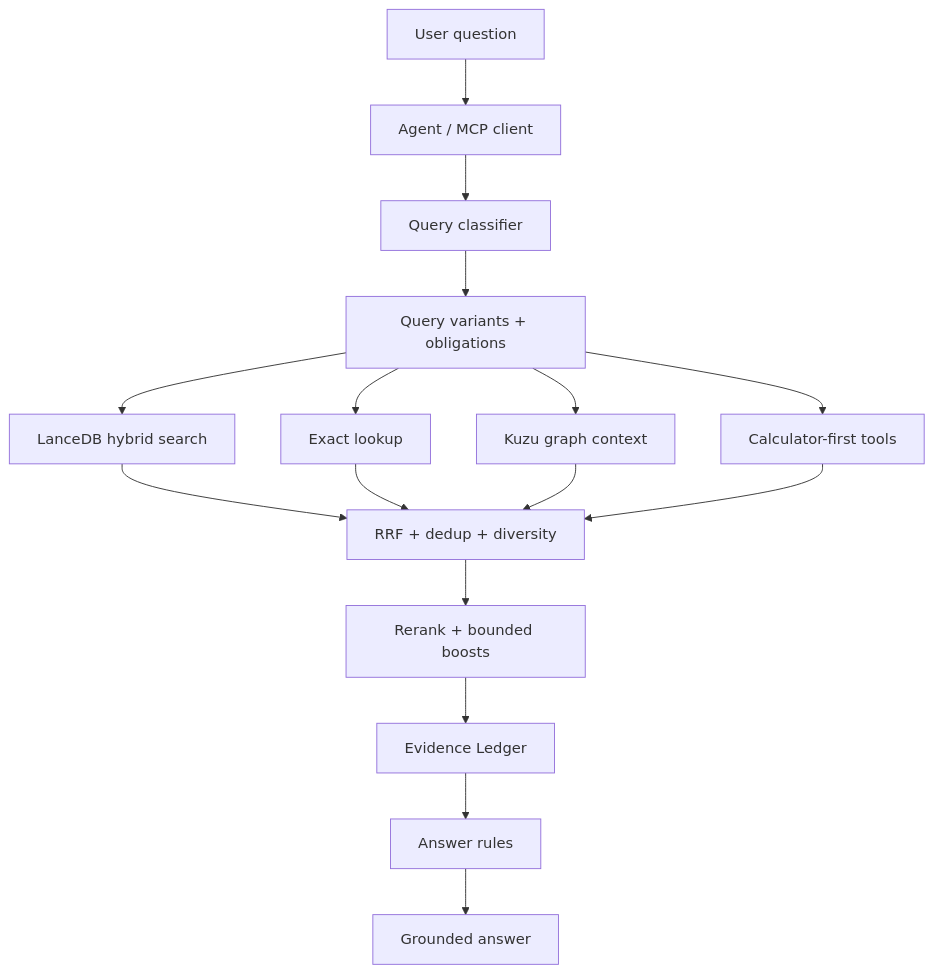
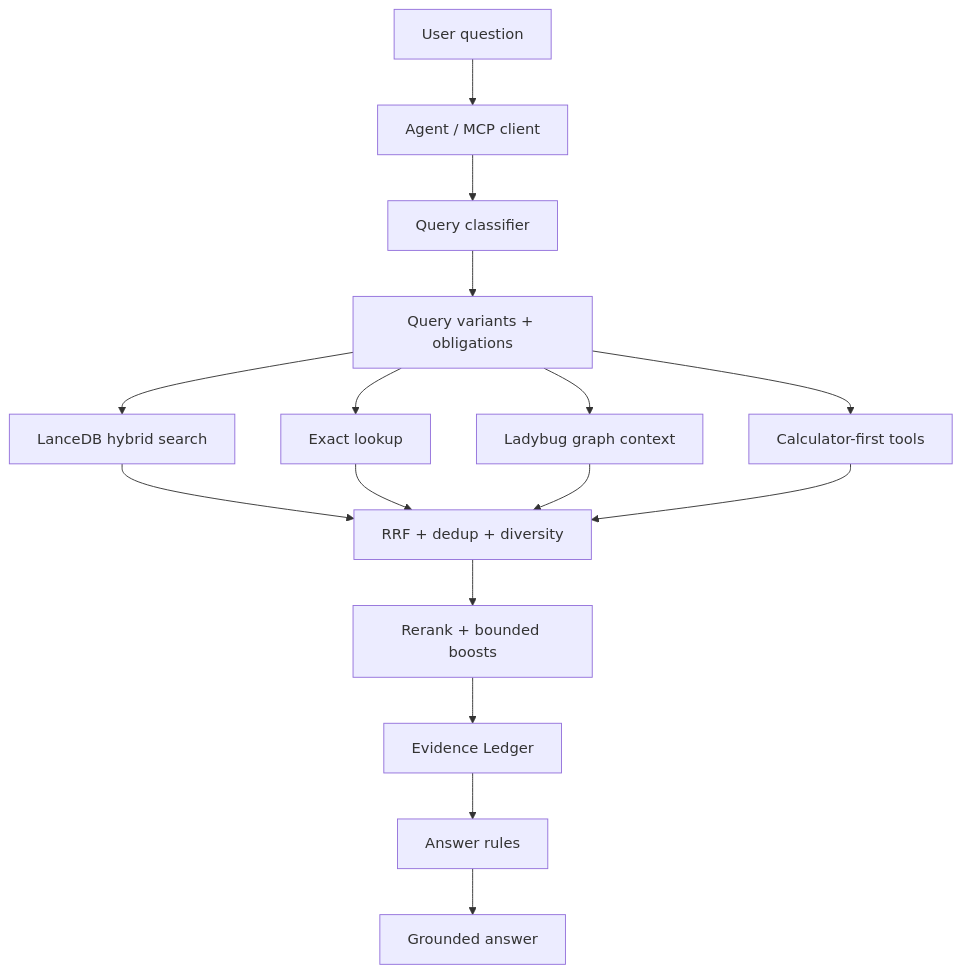
The diagram in diagrams/rag-system.mmd (ipccheng/NX-Shield-RAG), drawn with Mermaid before and after one commit. The commit also changed 2 other files, not shown here.

Commit message:
docs: refresh current RAG query path diagram

```diff
--- a/diagrams/rag-system.mmd
+++ b/diagrams/rag-system.mmd
@@ -1,16 +1,16 @@
 flowchart TB
   U[User question] --> G[Agent / MCP client]
   G --> C[Query classifier]
   C --> Q[Query variants + obligations]
   Q --> L[LanceDB hybrid search]
   Q --> X[Exact lookup]
-  Q --> K[Kuzu graph context]
+  Q --> K[Ladybug graph context]
   Q --> S[Calculator-first tools]
   L --> F[RRF + dedup + diversity]
   X --> F
   K --> F
   S --> F
   F --> R[Rerank + bounded boosts]
   R --> E[Evidence Ledger]
   E --> A[Answer rules]
   A --> O[Grounded answer]
```
